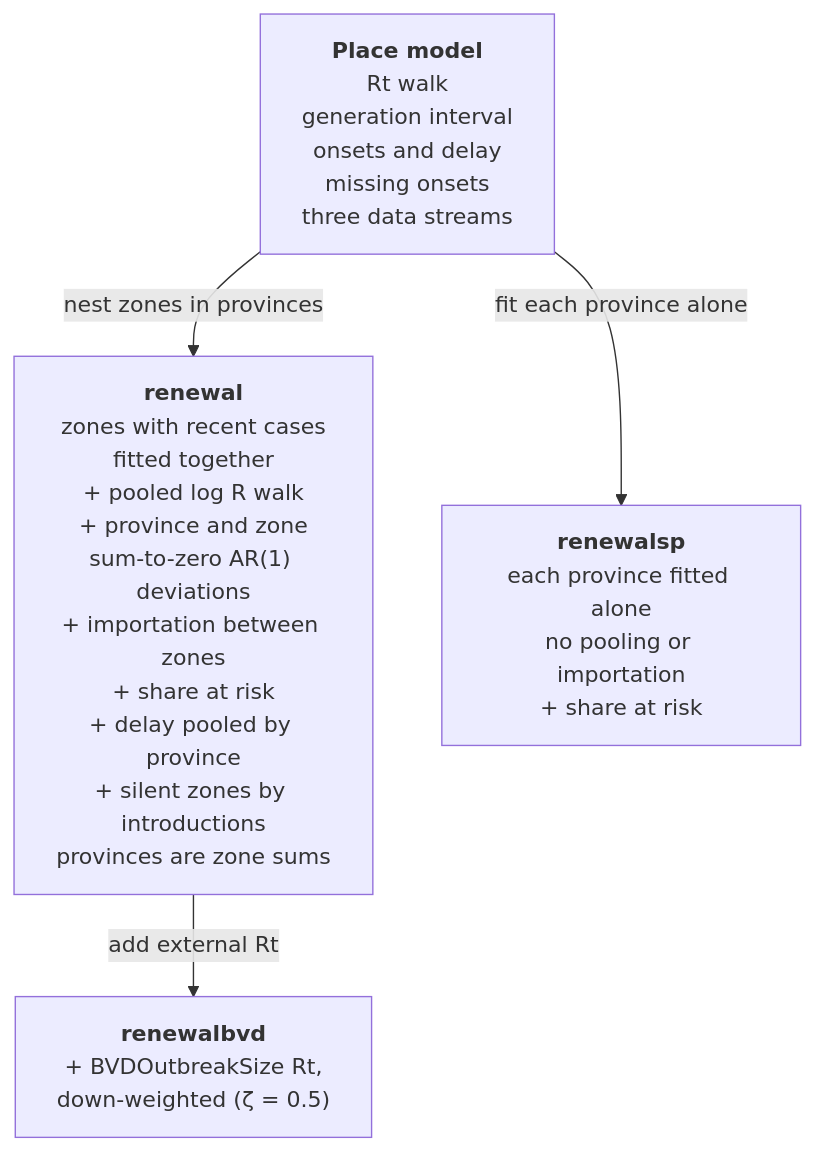
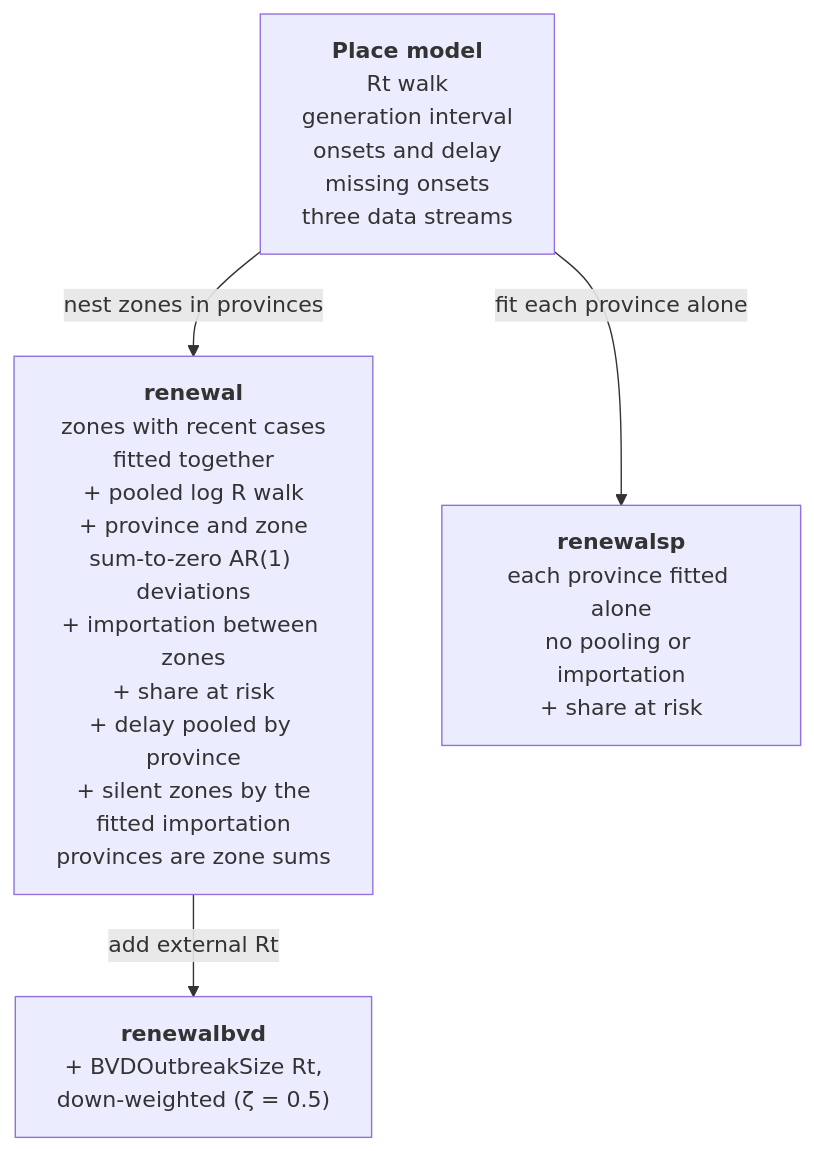
One commit to seabbs/bdbv-hub-modelling changed the first of 4 diagrams in docs/methods/model.md. Above: the diagram before and after it, drawn with Mermaid. The commit also changed other lines of this file and 9 other files, not shown here.

Commit message:
feat: silent zones follow the zone fit through its fitted importation, with no random-walk layer (#768 item 8)

````diff
--- a/docs/methods/model.md
+++ b/docs/methods/model.md
@@ -22,11 +22,11 @@
 ```mermaid
 flowchart TD
     PM["<b>Place model</b><br/>Rt walk<br/>generation interval<br/>onsets and delay<br/>missing onsets<br/>three data streams"]
-    RN["<b>renewal</b><br/>zones with recent cases<br/>fitted together<br/>+ pooled log R walk<br/>+ province and zone<br/>sum-to-zero AR(1) deviations<br/>+ importation between zones<br/>+ share at risk<br/>+ delay pooled by province<br/>+ silent zones by introductions<br/>provinces are zone sums"]
+    RN["<b>renewal</b><br/>zones with recent cases<br/>fitted together<br/>+ pooled log R walk<br/>+ province and zone<br/>sum-to-zero AR(1) deviations<br/>+ importation between zones<br/>+ share at risk<br/>+ delay pooled by province<br/>+ silent zones by the<br/>fitted importation<br/>provinces are zone sums"]
     BV["<b>renewalbvd</b><br/>+ BVDOutbreakSize Rt,<br/>down-weighted (ζ = 0.5)"]
     SP["<b>renewalsp</b><br/>each province fitted alone<br/>no pooling or importation<br/>+ share at risk"]
 
     PM -- "nest zones in provinces" --> RN
     RN -- "add external Rt" --> BV
     PM -- "fit each province alone" --> SP
 ```
````
